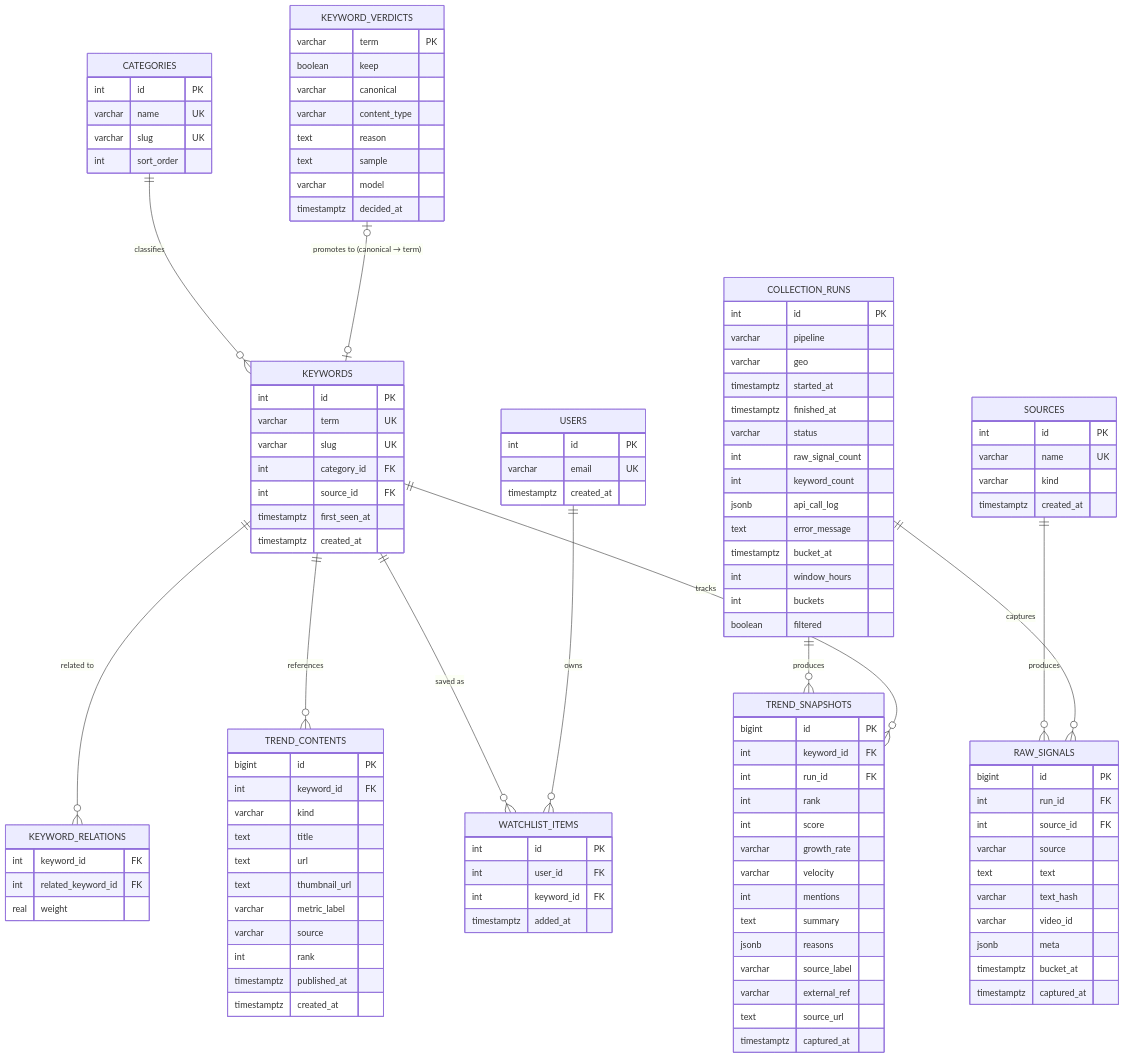
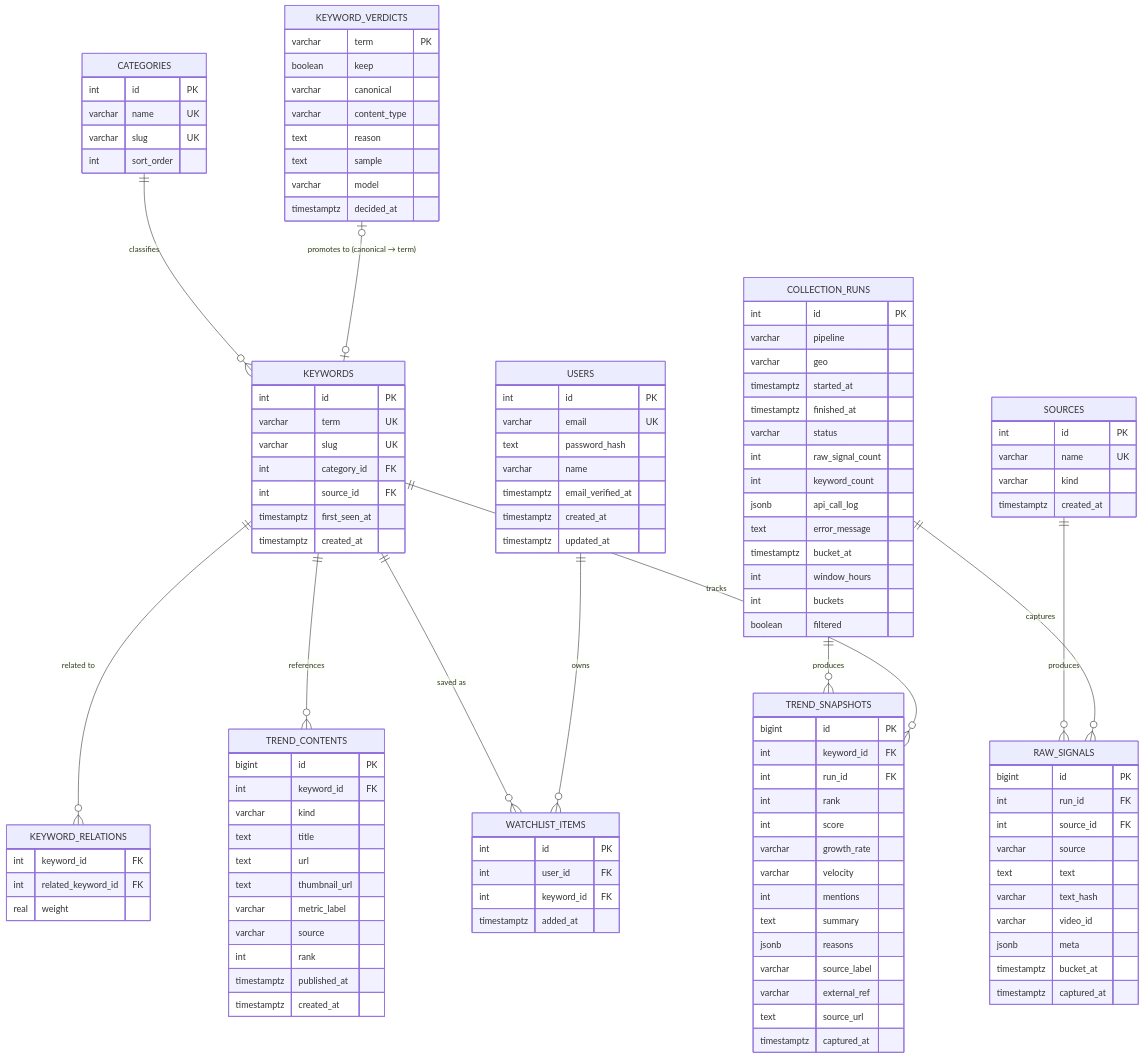
One commit to songhaeunsong/TrendDrop changed the diagram in docs/page-analysis-and-backend-design.md. Above: the diagram before and after it, drawn with Mermaid. The commit also changed 6 other files, not shown here.

```diff
--- a/docs/page-analysis-and-backend-design.md
+++ b/docs/page-analysis-and-backend-design.md
@@ -250,7 +250,11 @@
   USERS {
     int id PK
     varchar email UK
+    text password_hash
+    varchar name
+    timestamptz email_verified_at
     timestamptz created_at
+    timestamptz updated_at
   }
   WATCHLIST_ITEMS {
     int id PK
```
